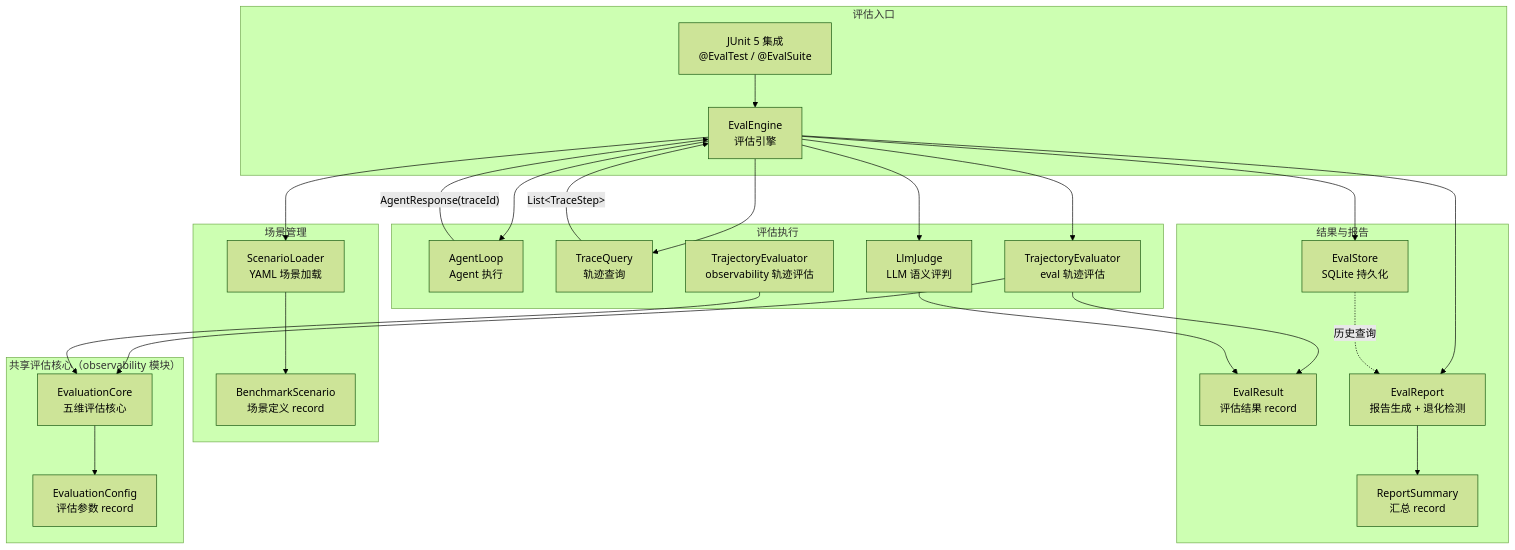
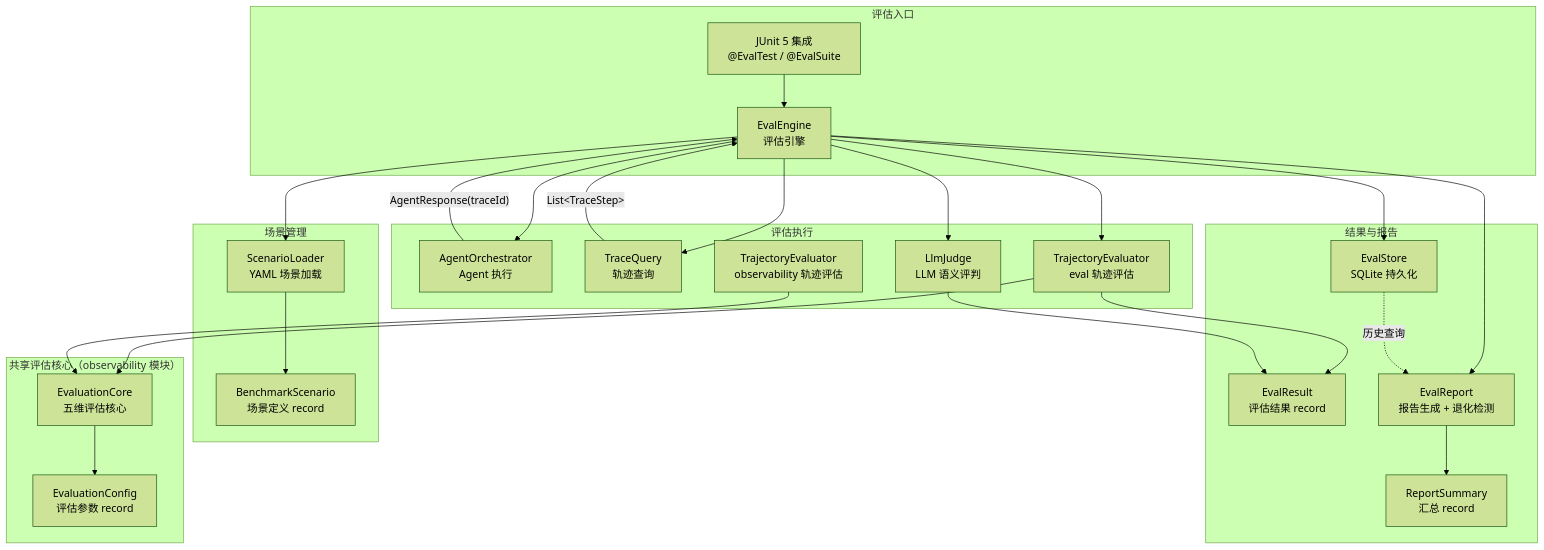
The first of 3 diagrams in docs/architecture/agentic-evals.md (ntygod/LifePilot), drawn with Mermaid (forest theme) before and after one commit. The commit also changed other lines of this file and 14 other files, not shown here.

````diff
--- a/docs/architecture/agentic-evals.md
+++ b/docs/architecture/agentic-evals.md
@@ -13,51 +13,51 @@
 ```mermaid
 graph TB
     subgraph "评估入口"
         JU["JUnit 5 集成<br/>@EvalTest / @EvalSuite"]
         EE["EvalEngine<br/>评估引擎"]
     end
 
     subgraph "场景管理"
         SL["ScenarioLoader<br/>YAML 场景加载"]
         BS["BenchmarkScenario<br/>场景定义 record"]
     end
 
     subgraph "评估执行"
-        AL["AgentLoop<br/>Agent 执行"]
+        AL["AgentOrchestrator<br/>Agent 执行"]
         TQ["TraceQuery<br/>轨迹查询"]
         TE_E["TrajectoryEvaluator<br/>eval 轨迹评估"]
         TE_O["TrajectoryEvaluator<br/>observability 轨迹评估"]
         LJ["LlmJudge<br/>LLM 语义评判"]
     end
 
     subgraph "共享评估核心（observability 模块）"
         EC["EvaluationCore<br/>五维评估核心"]
         ECfg["EvaluationConfig<br/>评估参数 record"]
     end
 
     subgraph "结果与报告"
         ER["EvalResult<br/>评估结果 record"]
         ES["EvalStore<br/>SQLite 持久化"]
         RP["EvalReport<br/>报告生成 + 退化检测"]
         RS["ReportSummary<br/>汇总 record"]
     end
 
     JU --> EE
     EE --> SL
     SL --> BS
     EE --> AL
     AL --"AgentResponse(traceId)"--> EE
     EE --> TQ
     TQ --"List&lt;TraceStep&gt;"--> EE
     EE --> TE_E
     TE_E --> EC
     TE_O --> EC
     EC --> ECfg
     EE --> LJ
     TE_E --> ER
     LJ --> ER
     EE --> ES
     EE --> RP
     RP --> RS
     ES -.->|"历史查询"| RP
 ```
````
